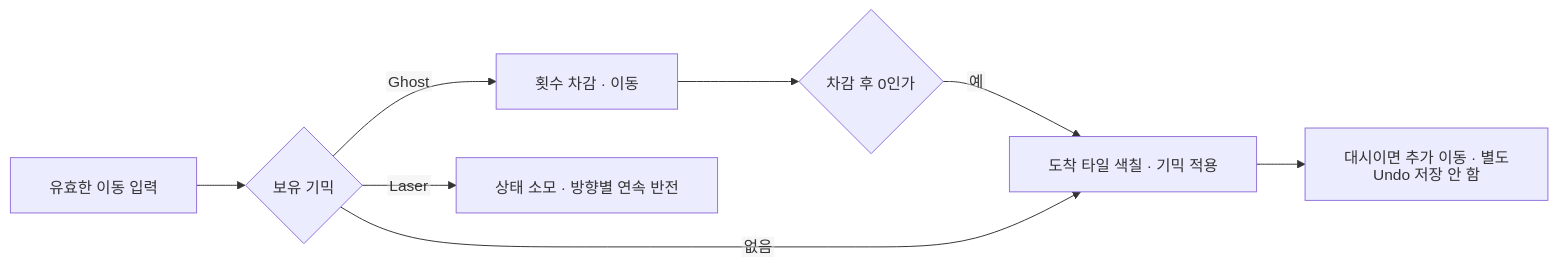
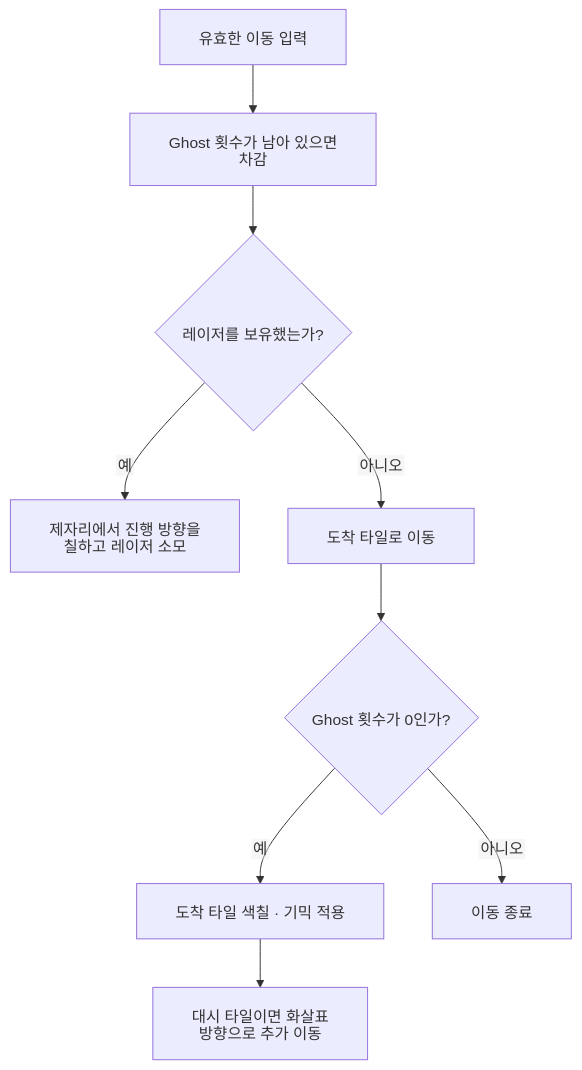
The diagram in portfolio/gimmick-state/README.md (1Seong/EulerianAurora), drawn with Mermaid before and after one commit. The commit also changed other lines of this file and 9 other files, not shown here.

````diff
--- a/portfolio/gimmick-state/README.md
+++ b/portfolio/gimmick-state/README.md
@@ -15,11 +15,12 @@
 ```mermaid
 %%{init: {"htmlLabels": false, "themeVariables": {"fontFamily": "Arial, sans-serif"}, "flowchart": {"padding": 20, "diagramPadding": 20}, "sequence": {"diagramMarginX": 24, "diagramMarginY": 16, "wrap": true}}}%%
-flowchart LR
-  A["유효한 이동 입력"] --> B{"보유 기믹"}
-  B -->|Ghost| C["횟수 차감 · 이동"]
-  C --> D{"차감 후 0인가"}
-  D -->|예| E["도착 타일 색칠 · 기믹 적용"]
-  B -->|Laser| F["상태 소모 · 방향별 연속 반전"]
-  B -->|없음| E
-  E --> G["대시이면 추가 이동 · 별도 Undo 저장 안 함"]
+flowchart TB
+  A["유효한 이동 입력"] --> B["Ghost 횟수가 남아 있으면 차감"]
+  B --> C{"레이저를 보유했는가?"}
+  C -->|예| D["제자리에서 진행 방향을 칠하고 레이저 소모"]
+  C -->|아니오| E["도착 타일로 이동"]
+  E --> F{"Ghost 횟수가 0인가?"}
+  F -->|예| G["도착 타일 색칠 · 기믹 적용"]
+  F -->|아니오| H["이동 종료"]
+  G --> I["대시 타일이면 화살표 방향으로 추가 이동"]
 ```
````
